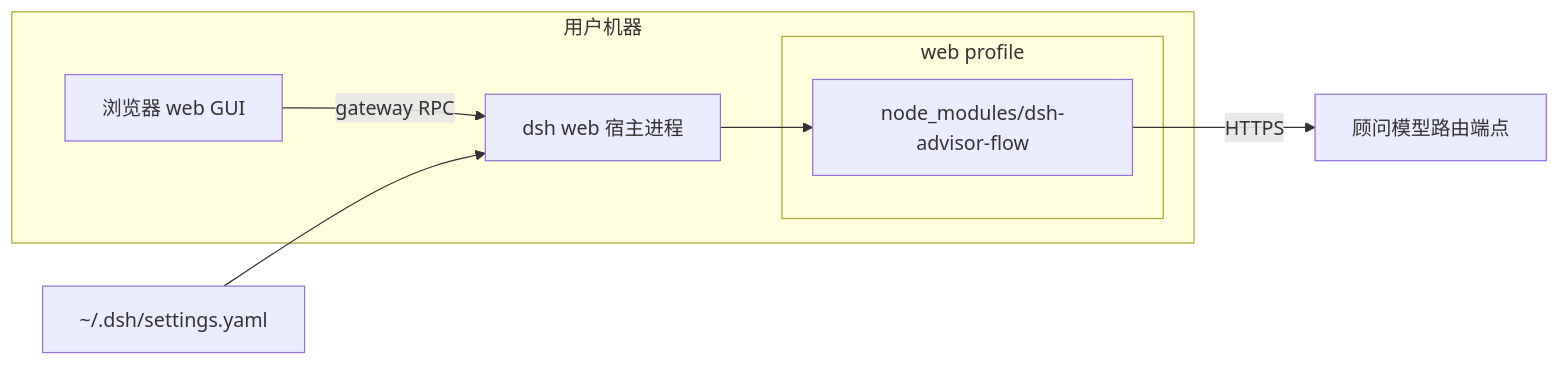
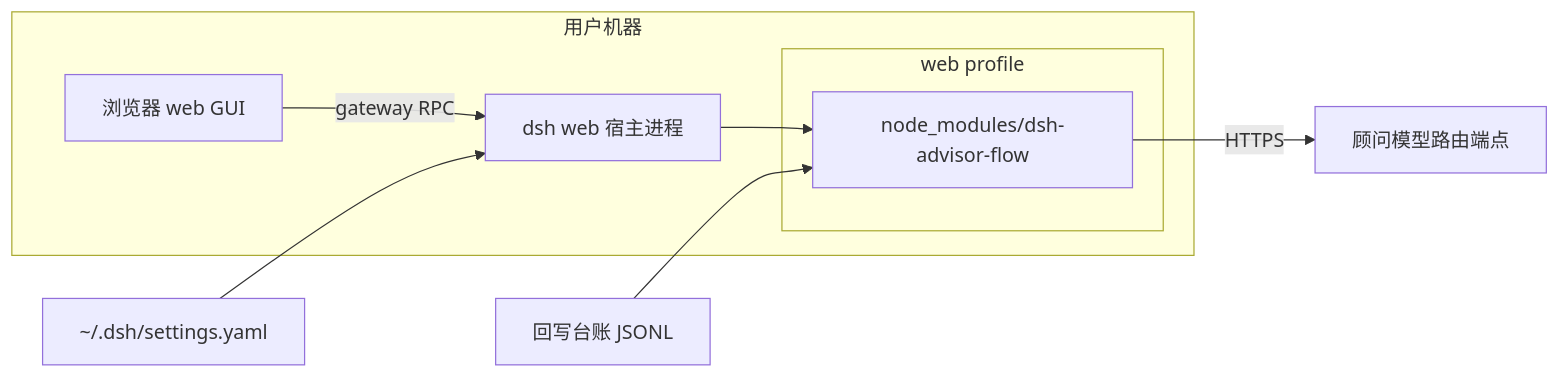
Before and after one commit to ccll/dsh-advisor-flow: the seventh of 9 diagrams in SOLUTION.md, drawn with Mermaid. The commit also changed other lines of this file and 20 other files, not shown here.

First line of the commit message:
📝 文档(map): 行为严格对齐 pi-advisor-flow 0.8.2 的需求与方案演进

````diff
--- a/SOLUTION.md
+++ b/SOLUTION.md
@@ -230,13 +251,14 @@
 ```mermaid
 flowchart LR
     subgraph user[用户机器]
         proc[dsh web 宿主进程]
         subgraph profile[web profile]
             nm[node_modules/dsh-advisor-flow]
         end
         proc --> nm
         browser[浏览器 web GUI] -->|gateway RPC| proc
     end
     nm -->|HTTPS| api[顾问模型路由端点]
     settings[~/.dsh/settings.yaml] --> proc
+    jsonl[回写台账 JSONL] --> nm
 ```
````
